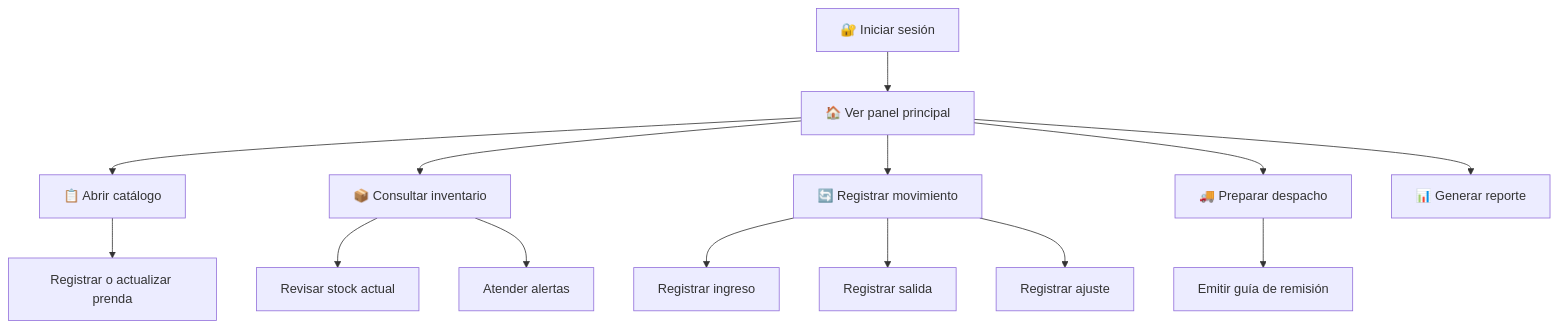
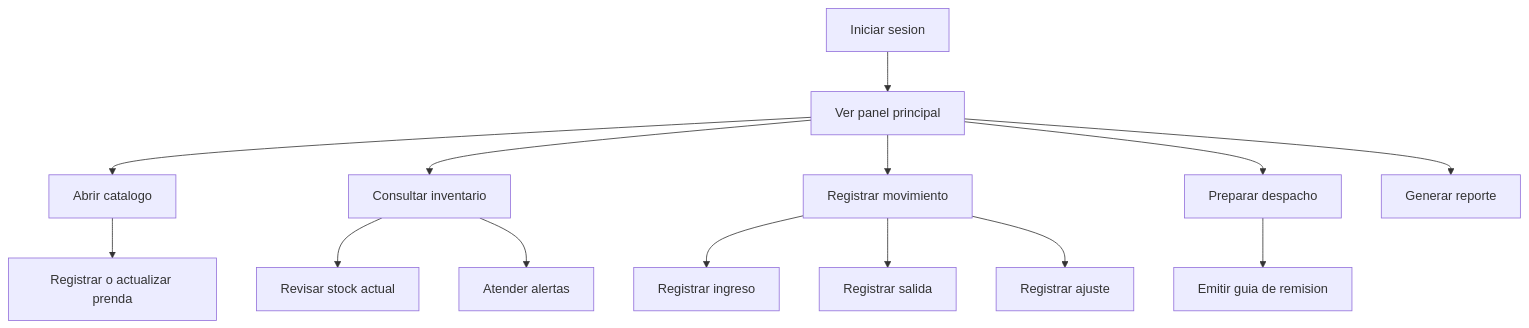
One commit to javierRock/SoftwareTextil changed the eighth of 9 diagrams in README.md. Above: the diagram before and after it, drawn with Mermaid. The commit also changed other lines of this file, not shown here.

````diff
--- a/README.md
+++ b/README.md
@@ -761,17 +619,17 @@
 ```mermaid
 flowchart TD
-    Login["🔐 Iniciar sesión"] --> Panel["🏠 Ver panel principal"]
-    Panel --> Catalogo["📋 Abrir catálogo"]
-    Panel --> Inventario["📦 Consultar inventario"]
-    Panel --> Movimientos["🔄 Registrar movimiento"]
-    Panel --> Despachos["🚚 Preparar despacho"]
-    Panel --> Reportes["📊 Generar reporte"]
+    Login["Iniciar sesion"] --> Panel["Ver panel principal"]
+    Panel --> Catalogo["Abrir catalogo"]
+    Panel --> Inventario["Consultar inventario"]
+    Panel --> Movimientos["Registrar movimiento"]
+    Panel --> Despachos["Preparar despacho"]
+    Panel --> Reportes["Generar reporte"]
 
     Catalogo --> RegistrarPrenda["Registrar o actualizar prenda"]
     Inventario --> RevisarStock["Revisar stock actual"]
     Inventario --> RevisarAlertas["Atender alertas"]
     Movimientos --> Ingreso["Registrar ingreso"]
     Movimientos --> Salida["Registrar salida"]
     Movimientos --> Ajuste["Registrar ajuste"]
-    Despachos --> Guia["Emitir guía de remisión"]
+    Despachos --> Guia["Emitir guia de remision"]
 ```
````
